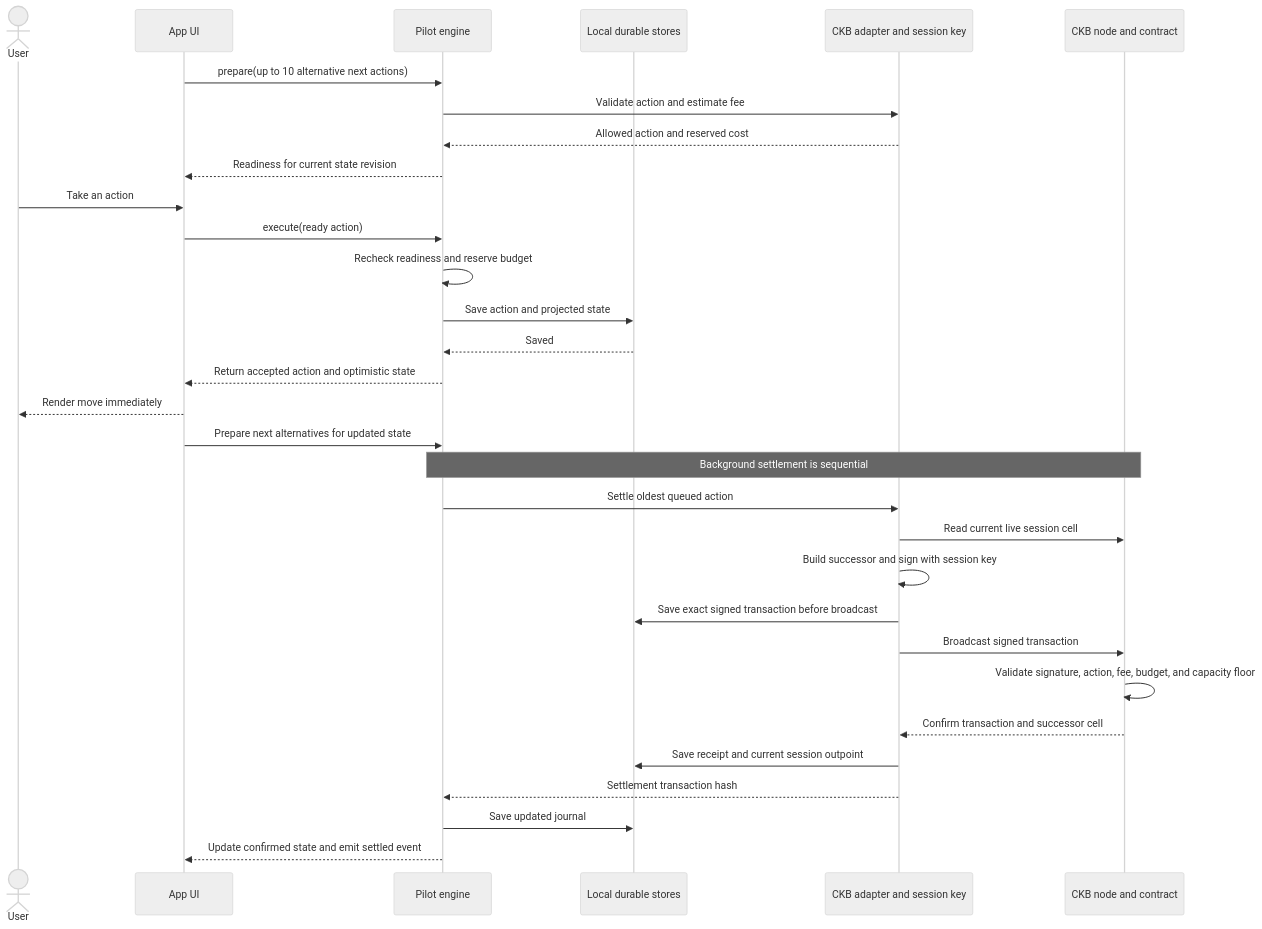
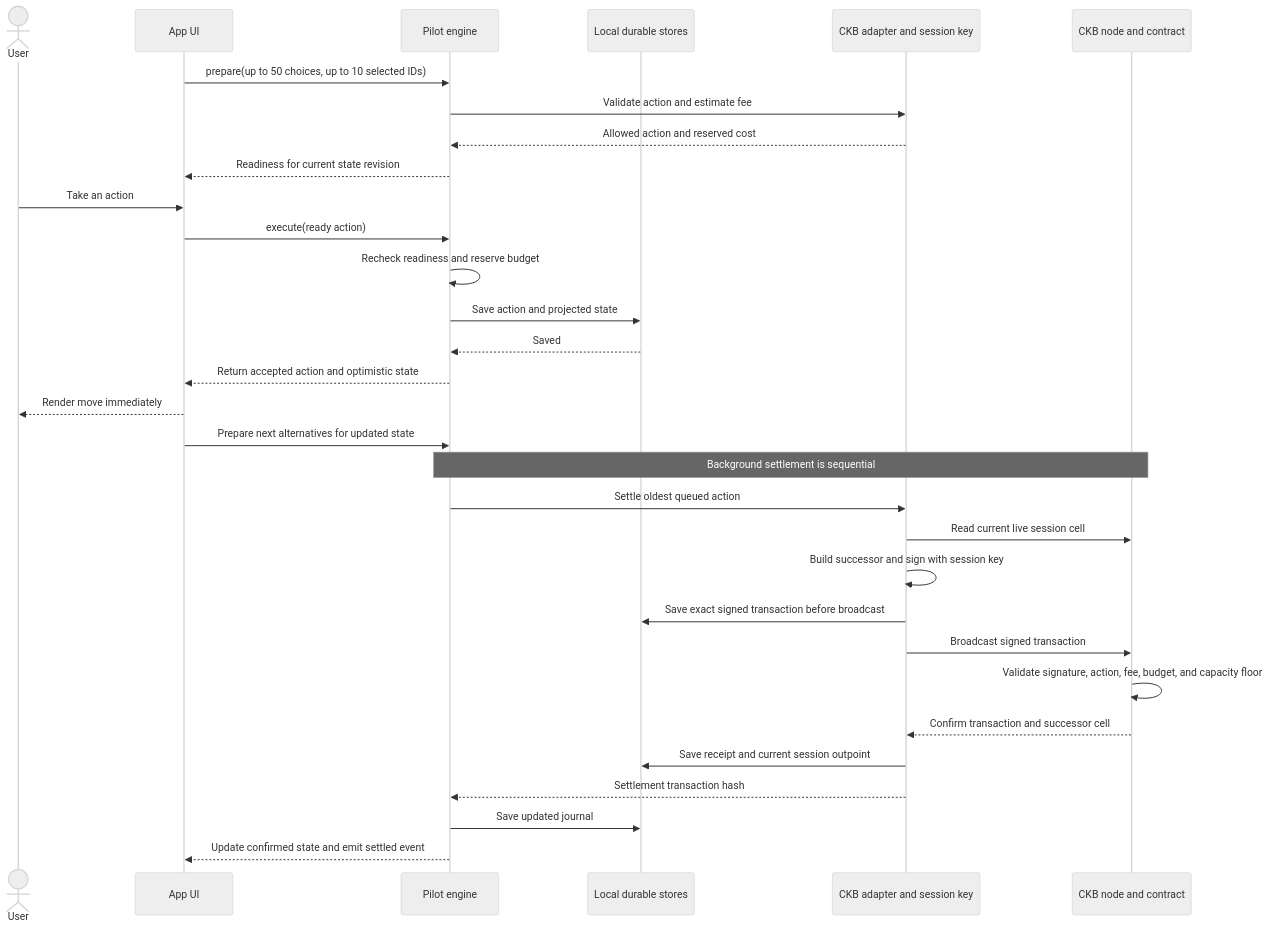
One commit to Birdmannn/owl changed the second of 3 diagrams in README.md. Above: the diagram before and after it, drawn with Mermaid (neutral theme). The commit also changed other lines of this file and 29 other files, not shown here.

````diff
--- a/README.md
+++ b/README.md
@@ -164,35 +164,35 @@
 ```mermaid
 sequenceDiagram
     actor User
     participant App as App UI
     participant Pilot as Pilot engine
     participant Store as Local durable stores
     participant Adapter as CKB adapter and session key
     participant Chain as CKB node and contract
 
-    App->>Pilot: prepare(up to 10 alternative next actions)
+    App->>Pilot: prepare(up to 50 choices, up to 10 selected IDs)
     Pilot->>Adapter: Validate action and estimate fee
     Adapter-->>Pilot: Allowed action and reserved cost
     Pilot-->>App: Readiness for current state revision
     User->>App: Take an action
     App->>Pilot: execute(ready action)
     Pilot->>Pilot: Recheck readiness and reserve budget
     Pilot->>Store: Save action and projected state
     Store-->>Pilot: Saved
     Pilot-->>App: Return accepted action and optimistic state
     App-->>User: Render move immediately
     App->>Pilot: Prepare next alternatives for updated state
 
     Note over Pilot,Chain: Background settlement is sequential
     Pilot->>Adapter: Settle oldest queued action
     Adapter->>Chain: Read current live session cell
     Adapter->>Adapter: Build successor and sign with session key
     Adapter->>Store: Save exact signed transaction before broadcast
     Adapter->>Chain: Broadcast signed transaction
     Chain->>Chain: Validate signature, action, fee, budget, and capacity floor
     Chain-->>Adapter: Confirm transaction and successor cell
     Adapter->>Store: Save receipt and current session outpoint
     Adapter-->>Pilot: Settlement transaction hash
     Pilot->>Store: Save updated journal
     Pilot-->>App: Update confirmed state and emit settled event
 ```
````
